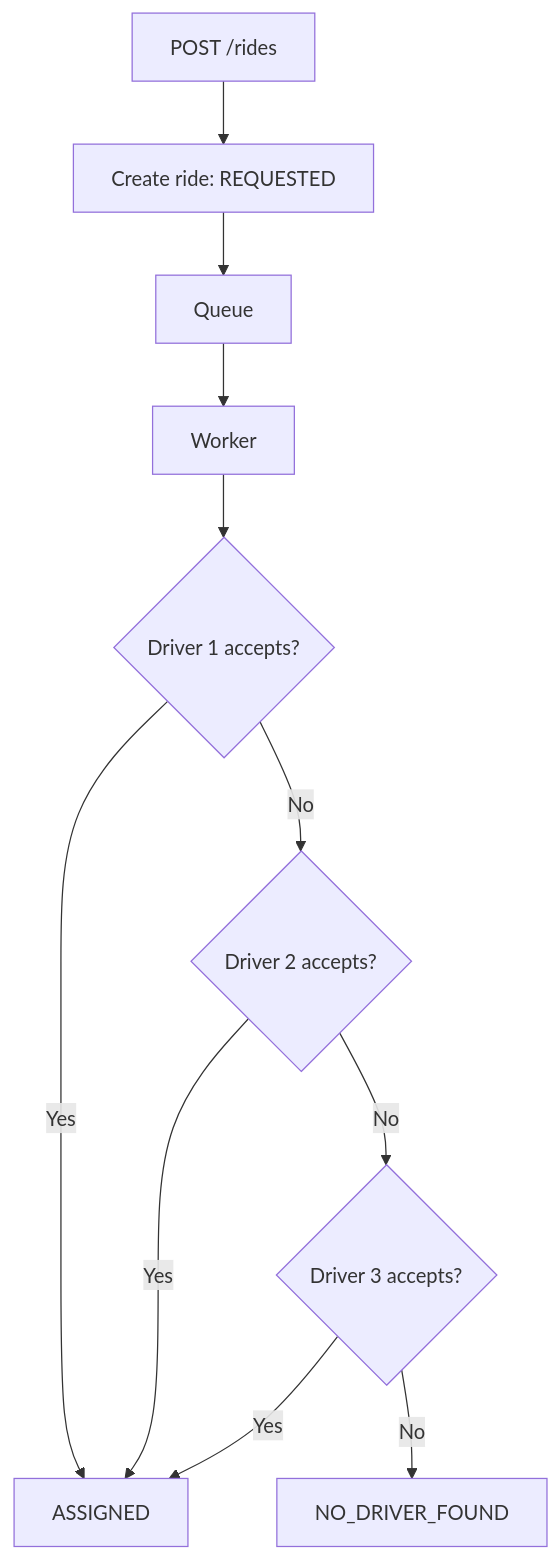
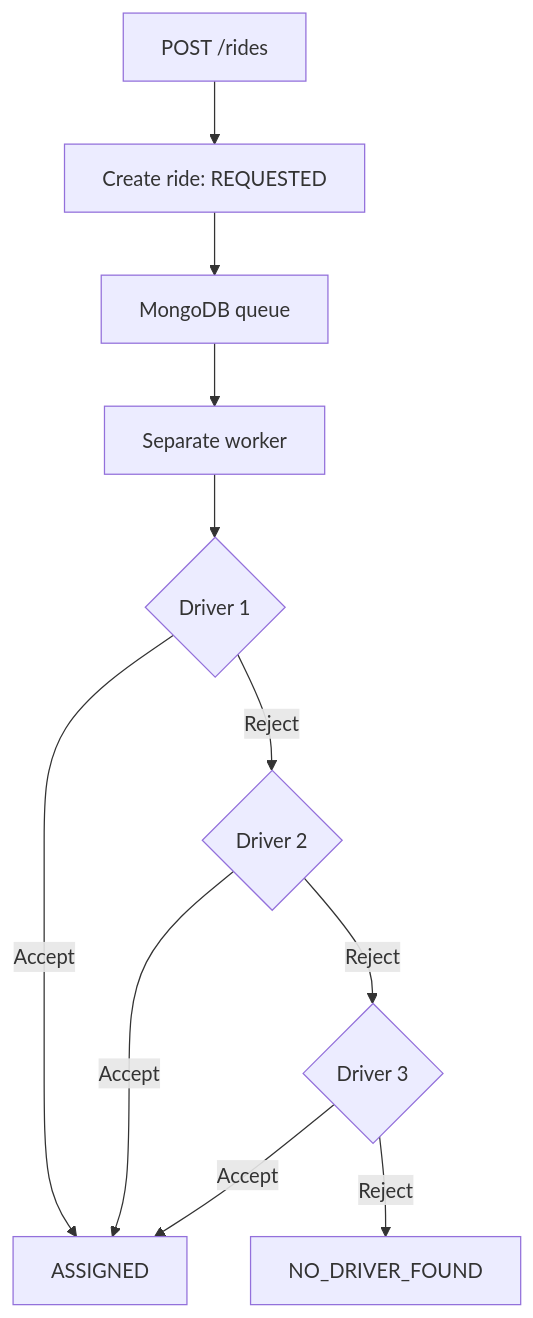
One commit to ayeshaikh017/ride-booking-system changed the second of 2 diagrams in README.md. Above: the diagram before and after it, drawn with Mermaid. The commit also changed other lines of this file and 11 other files, not shown here.

````diff
--- a/README.md
+++ b/README.md
@@ -259,13 +313,13 @@
 ```mermaid
 flowchart TD
     A[POST /rides] --> B[Create ride: REQUESTED]
-    B --> C[Queue]
-    C --> D[Worker]
-    D --> E{Driver 1 accepts?}
-    E -- Yes --> Z[ASSIGNED]
-    E -- No --> F{Driver 2 accepts?}
-    F -- Yes --> Z
-    F -- No --> G{Driver 3 accepts?}
-    G -- Yes --> Z
-    G -- No --> H[NO_DRIVER_FOUND]
+    B --> C[MongoDB queue]
+    C --> D[Separate worker]
+    D --> E{Driver 1}
+    E -- Accept --> Z[ASSIGNED]
+    E -- Reject --> F{Driver 2}
+    F -- Accept --> Z
+    F -- Reject --> G{Driver 3}
+    G -- Accept --> Z
+    G -- Reject --> H[NO_DRIVER_FOUND]
 ```
````
